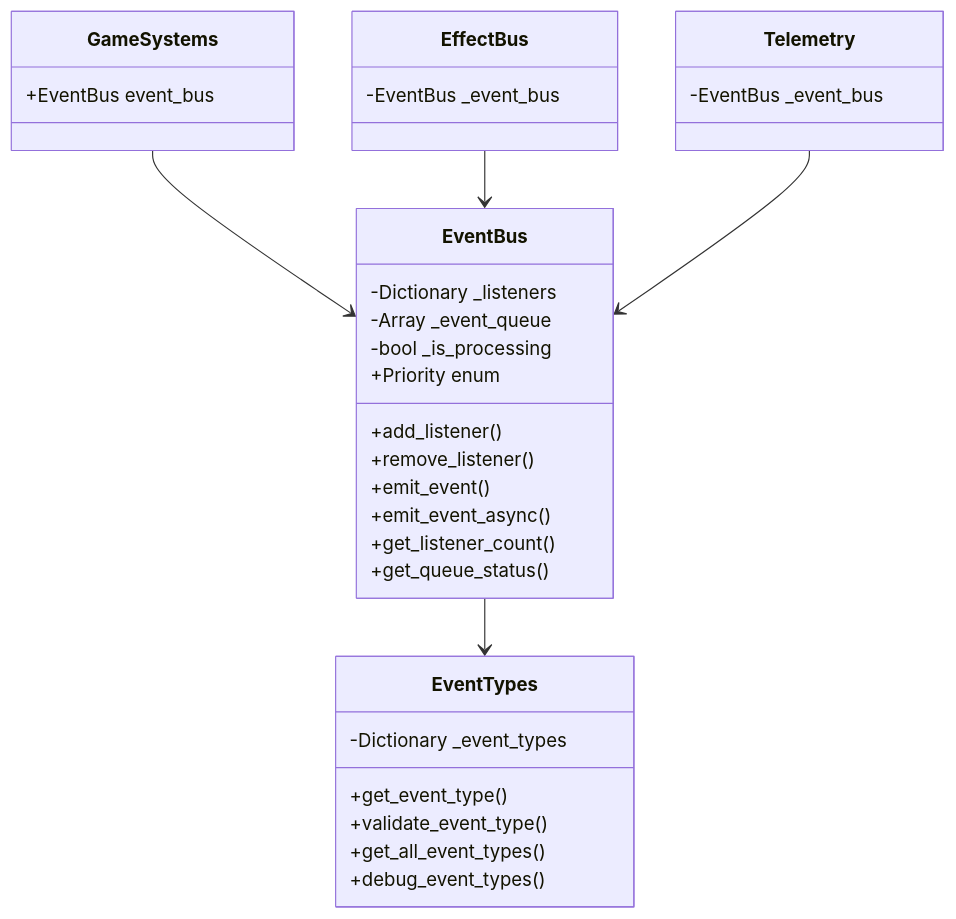
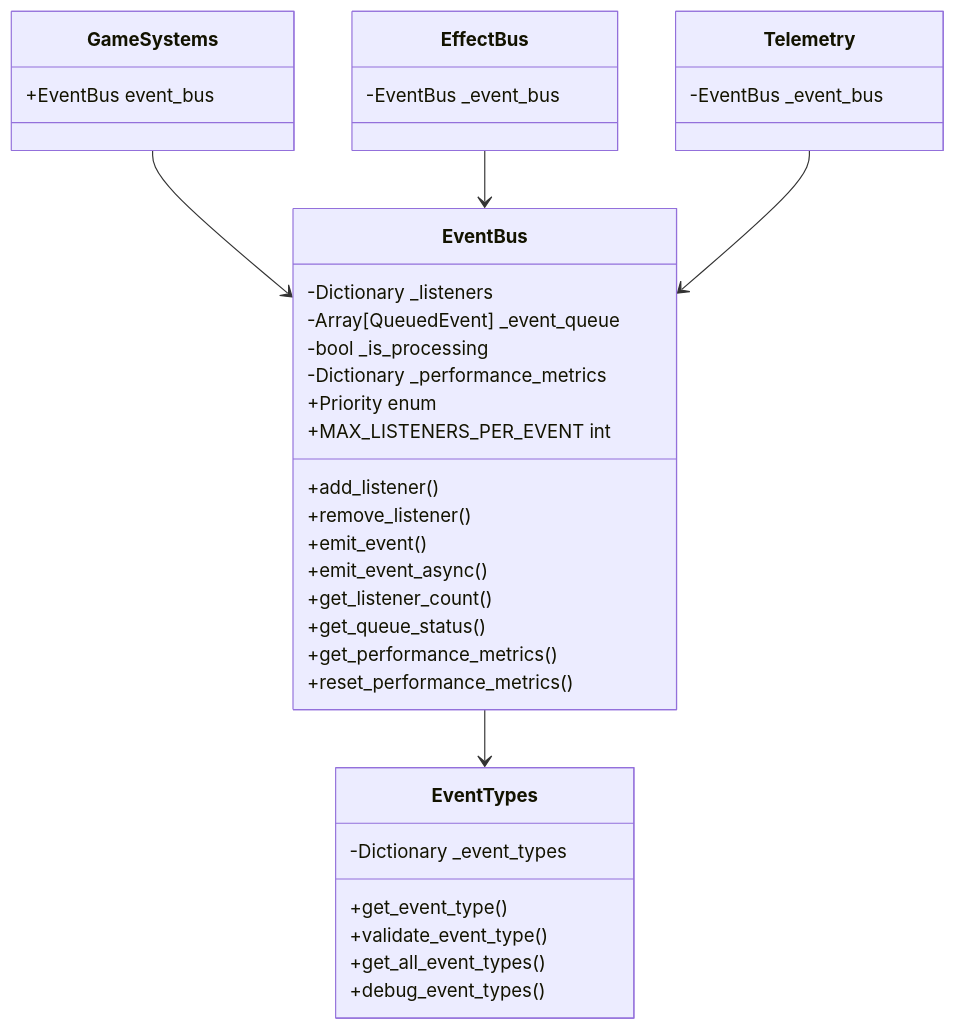
One commit to nel2116/GodotGame changed the first of 3 diagrams in Docs/10_CoreDocs/15_ImplementationSpecs/15.2_EventBus.md. Above: the diagram before and after it, drawn with Mermaid. The commit also changed other lines of this file and 2 other files, not shown here.

Commit message:
docs: EventBusパフォーマンス仕様ドキュメント更新と実装改善 Closes #5

````diff
--- a/Docs/10_CoreDocs/15_ImplementationSpecs/15.2_EventBus.md
+++ b/Docs/10_CoreDocs/15_ImplementationSpecs/15.2_EventBus.md
@@ -47,40 +47,44 @@
 ```mermaid
 classDiagram
     class EventBus {
         -Dictionary _listeners
-        -Array _event_queue
+        -Array[QueuedEvent] _event_queue
         -bool _is_processing
+        -Dictionary _performance_metrics
         +Priority enum
+        +MAX_LISTENERS_PER_EVENT int
         +add_listener()
         +remove_listener()
         +emit_event()
         +emit_event_async()
         +get_listener_count()
         +get_queue_status()
+        +get_performance_metrics()
+        +reset_performance_metrics()
     }
 
     class EventTypes {
         -Dictionary _event_types
         +get_event_type()
         +validate_event_type()
         +get_all_event_types()
         +debug_event_types()
     }
 
     class GameSystems {
         +EventBus event_bus
     }
 
     class EffectBus {
         -EventBus _event_bus
     }
 
     class Telemetry {
         -EventBus _event_bus
     }
 
     GameSystems --> EventBus
     EffectBus --> EventBus
     Telemetry --> EventBus
     EventBus --> EventTypes
 ```
````
